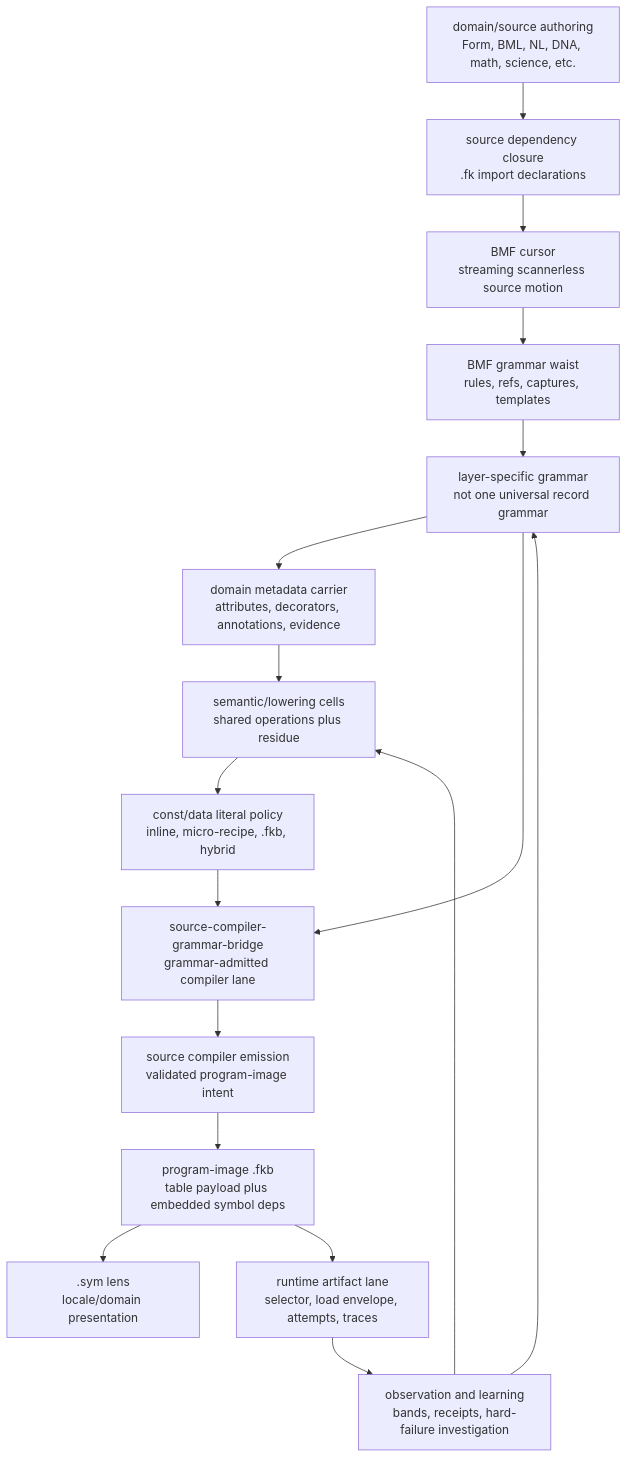
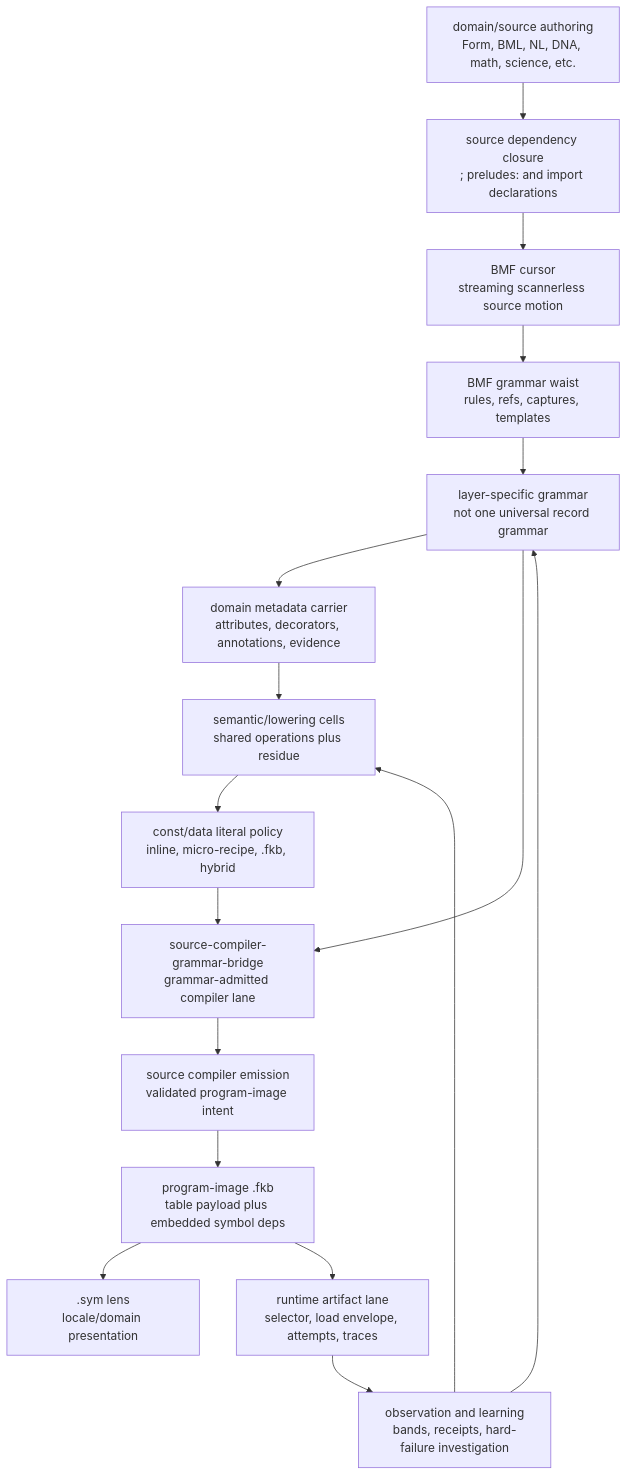
One commit to seeker71/coherence-kernel changed the diagram in docs/coherence-substrate/current-language-artifact-path.md. Above: the diagram before and after it, drawn with Mermaid. The commit also changed other lines of this file and 35 other files, not shown here.

First line of the commit message:
Thirty-five docs and roadmaps re-grounded on 2026-09-04; one generated snapshot leaves

````diff
--- a/docs/coherence-substrate/current-language-artifact-path.md
+++ b/docs/coherence-substrate/current-language-artifact-path.md
@@ -9,34 +9,34 @@
 ```mermaid
 flowchart TD
     Author["domain/source authoring<br/>Form, BML, NL, DNA, math, science, etc."]
-    Imports["source dependency closure<br/>.fk import declarations"]
+    Imports["source dependency closure<br/>; preludes: and import declarations"]
     Cursor["BMF cursor<br/>streaming scannerless source motion"]
     GrammarWaist["BMF grammar waist<br/>rules, refs, captures, templates"]
     DomainGrammar["layer-specific grammar<br/>not one universal record grammar"]
     Metadata["domain metadata carrier<br/>attributes, decorators, annotations, evidence"]
     Semantic["semantic/lowering cells<br/>shared operations plus residue"]
     DataLiterals["const/data literal policy<br/>inline, micro-recipe, .fkb, hybrid"]
     CompilerBridge["source-compiler-grammar-bridge<br/>grammar-admitted compiler lane"]
     Emission["source compiler emission<br/>validated program-image intent"]
     ProgramImage["program-image .fkb<br/>table payload plus embedded symbol deps"]
     SymLens[".sym lens<br/>locale/domain presentation"]
     Runtime["runtime artifact lane<br/>selector, load envelope, attempts, traces"]
     Observation["observation and learning<br/>bands, receipts, hard-failure investigation"]
 
     Author --> Imports
     Imports --> Cursor
     Cursor --> GrammarWaist
     GrammarWaist --> DomainGrammar
     DomainGrammar --> Metadata
     Metadata --> Semantic
     Semantic --> DataLiterals
     DataLiterals --> CompilerBridge
     DomainGrammar --> CompilerBridge
     CompilerBridge --> Emission
     Emission --> ProgramImage
     ProgramImage --> SymLens
     ProgramImage --> Runtime
     Runtime --> Observation
     Observation --> DomainGrammar
     Observation --> Semantic
 ```
````
